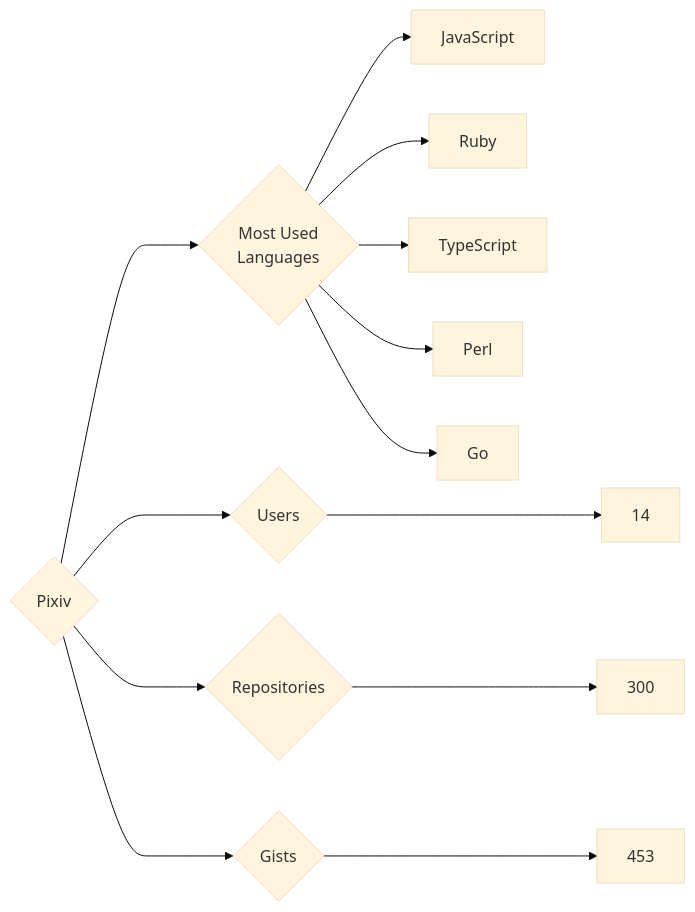
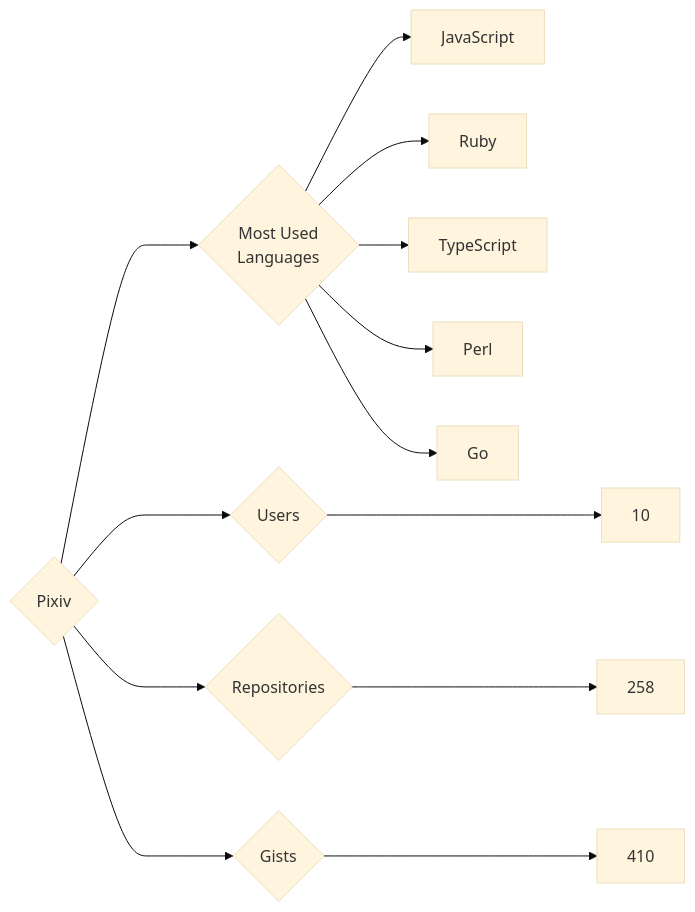
The diagram in targets/Pixiv/README.md (trickest/insiders), drawn with Mermaid (base theme) before and after one commit. The commit also changed 799 other files, not shown here.

````diff
--- a/targets/Pixiv/README.md
+++ b/targets/Pixiv/README.md
@@ -3,13 +3,13 @@
 ```mermaid
 graph LR
 COMPANY_NAME{Pixiv}
-COMPANY_NAME ---> U{Users} ---> UN[14]
-COMPANY_NAME ---> R{Repositories} ---> RN[300]
-COMPANY_NAME ---> G{Gists} ---> GN[453]
+COMPANY_NAME ---> U{Users} ---> UN[10]
+COMPANY_NAME ---> R{Repositories} ---> RN[258]
+COMPANY_NAME ---> G{Gists} ---> GN[410]
 COMPANY_NAME ---> ML{Most Used<br>Languages}
 ML --> JavaScript[JavaScript]
 ML --> Ruby[Ruby]
 ML --> TypeScript[TypeScript]
 ML --> Perl[Perl]
 ML --> Go[Go]
 ```
````
